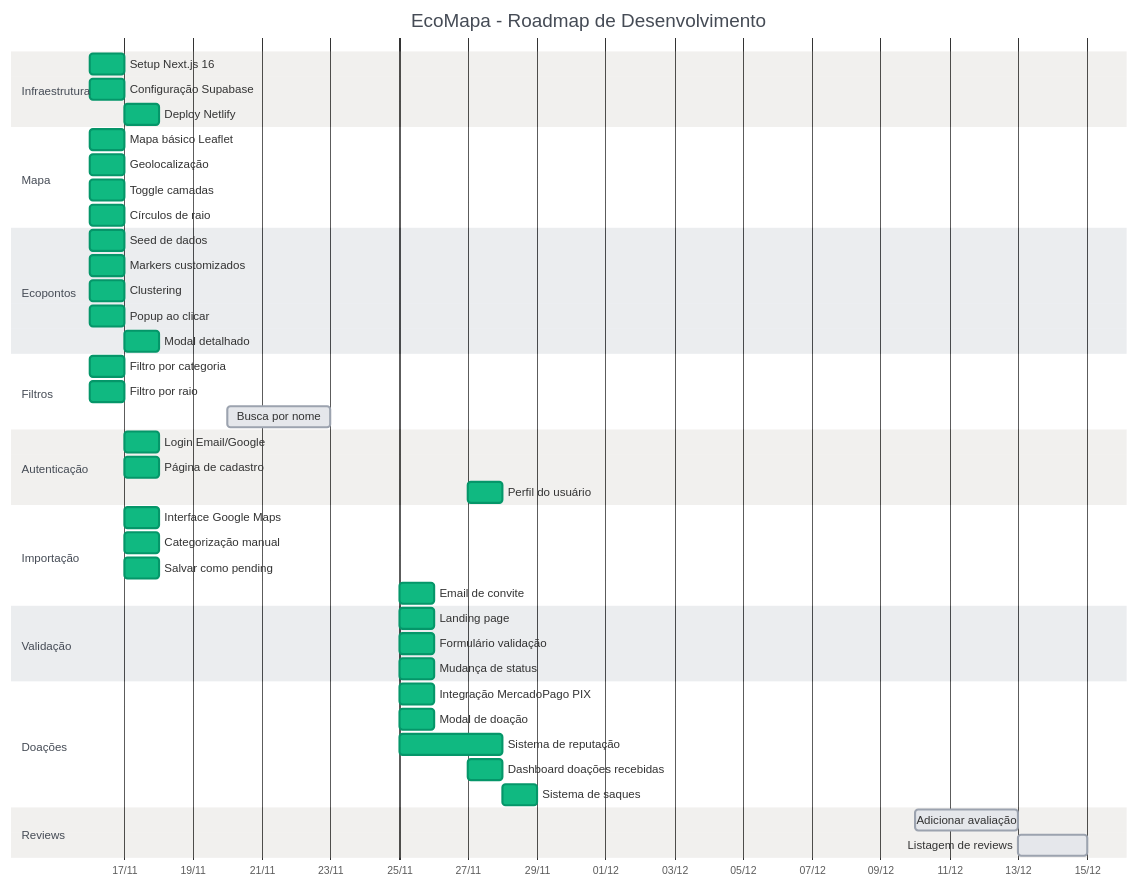
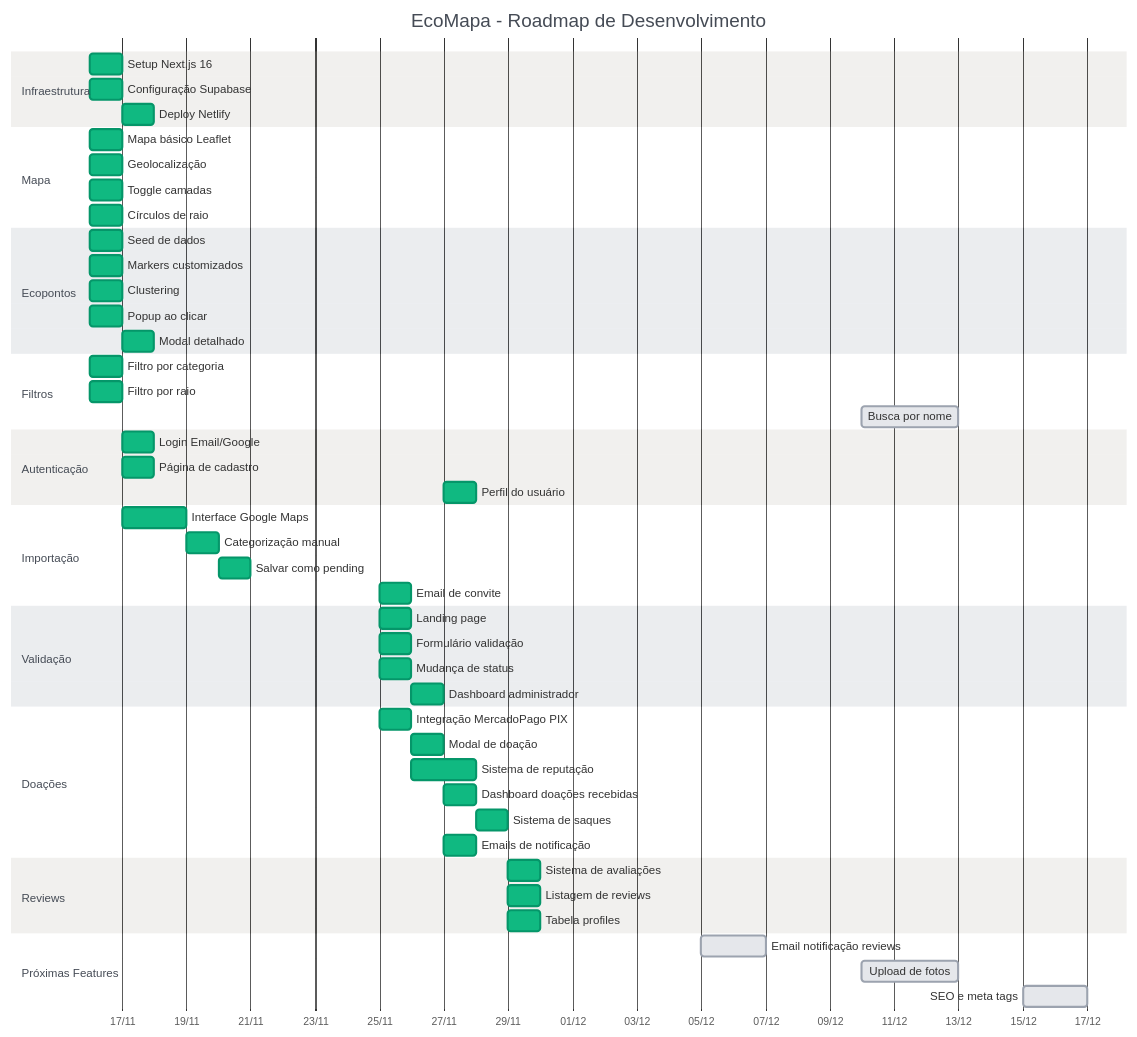
One commit to julioholon/ecomapa changed the diagram in TODO.md. Above: the diagram before and after it, drawn with Mermaid. The commit also changed other lines of this file and 1 other file, not shown here.

````diff
--- a/TODO.md
+++ b/TODO.md
@@ -1662,69 +1674,77 @@
 ```mermaid
 %%{init: {
   'theme': 'base',
   'themeVariables': {
     'primaryColor': '#9ca3af',
     'primaryBorderColor': '#6b7280',
     'doneTaskBkgColor': '#10b981',
     'doneTaskBorderColor': '#059669',
     'activeTaskBkgColor': '#3b82f6',
     'activeTaskBorderColor': '#2563eb',
     'taskBkgColor': '#e5e7eb',
     'taskBorderColor': '#9ca3af'
   }
 }}%%
 gantt
     title EcoMapa - Roadmap de Desenvolvimento
     dateFormat  YYYY-MM-DD
     axisFormat %d/%m
 
     section Infraestrutura
     Setup Next.js 16           :done, infra1, 2024-11-16, 1d
     Configuração Supabase      :done, infra2, 2024-11-16, 1d
     Deploy Netlify             :done, infra3, 2024-11-17, 1d
 
     section Mapa
     Mapa básico Leaflet        :done, map1, 2024-11-16, 1d
     Geolocalização             :done, map2, 2024-11-16, 1d
     Toggle camadas             :done, map3, 2024-11-16, 1d
     Círculos de raio           :done, map4, 2024-11-16, 1d
 
     section Ecopontos
     Seed de dados              :done, point1, 2024-11-16, 1d
     Markers customizados       :done, point2, 2024-11-16, 1d
     Clustering                 :done, point3, 2024-11-16, 1d
     Popup ao clicar            :done, point4, 2024-11-16, 1d
     Modal detalhado            :done, point5, 2024-11-17, 1d
 
     section Filtros
     Filtro por categoria       :done, filter1, 2024-11-16, 1d
     Filtro por raio            :done, filter2, 2024-11-16, 1d
-    Busca por nome             :filter3, 2024-11-20, 3d
+    Busca por nome             :filter3, 2024-12-10, 3d
 
     section Autenticação
     Login Email/Google         :done, auth1, 2024-11-17, 1d
     Página de cadastro         :done, auth2, 2024-11-17, 1d
     Perfil do usuário          :done, auth3, 2024-11-27, 1d
 
     section Importação
-    Interface Google Maps      :done, import1, 2024-11-17, 1d
-    Categorização manual       :done, import2, 2024-11-17, 1d
-    Salvar como pending        :done, import3, 2024-11-17, 1d
+    Interface Google Maps      :done, import1, 2024-11-17, 2d
+    Categorização manual       :done, import2, 2024-11-19, 1d
+    Salvar como pending        :done, import3, 2024-11-20, 1d
     Email de convite           :done, import4, 2024-11-25, 1d
 
     section Validação
     Landing page               :done, valid1, 2024-11-25, 1d
     Formulário validação       :done, valid2, 2024-11-25, 1d
     Mudança de status          :done, valid3, 2024-11-25, 1d
+    Dashboard administrador    :done, admin1, 2024-11-26, 1d
 
     section Doações
     Integração MercadoPago PIX :done, donation1, 2024-11-25, 1d
-    Modal de doação            :done, donation2, 2024-11-25, 1d
-    Sistema de reputação       :done, donation3, 2024-11-25, 3d
+    Modal de doação            :done, donation2, 2024-11-26, 1d
+    Sistema de reputação       :done, donation3, 2024-11-26, 2d
     Dashboard doações recebidas:done, donation4, 2024-11-27, 1d
     Sistema de saques          :done, donation5, 2024-11-28, 1d
+    Emails de notificação      :done, notif1, 2024-11-27, 1d
 
     section Reviews
-    Adicionar avaliação        :review1, 2024-12-10, 3d
-    Listagem de reviews        :review2, 2024-12-13, 2d
+    Sistema de avaliações      :done, review1, 2024-11-29, 1d
+    Listagem de reviews        :done, review2, 2024-11-29, 1d
+    Tabela profiles            :done, review3, 2024-11-29, 1d
+
+    section Próximas Features
+    Email notificação reviews  :notif2, 2024-12-05, 2d
+    Upload de fotos            :photo1, 2024-12-10, 3d
+    SEO e meta tags            :seo1, 2024-12-15, 2d
 ```
````
